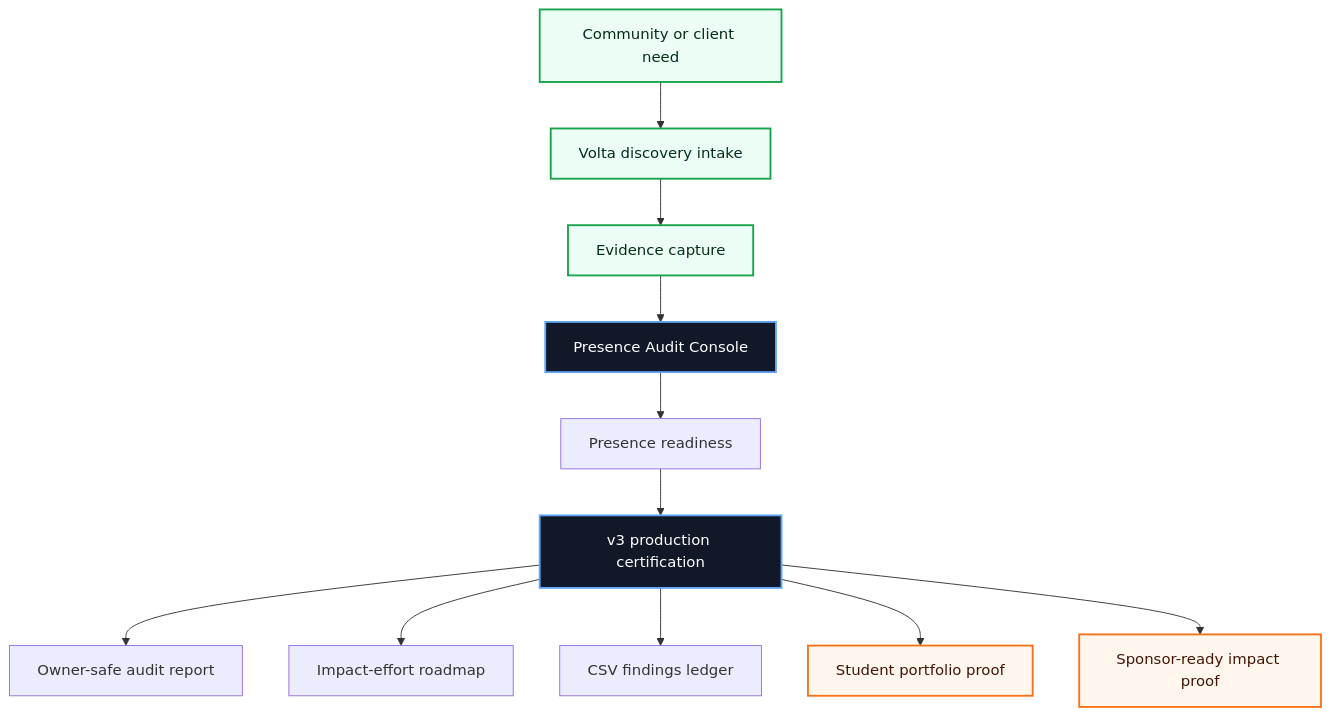
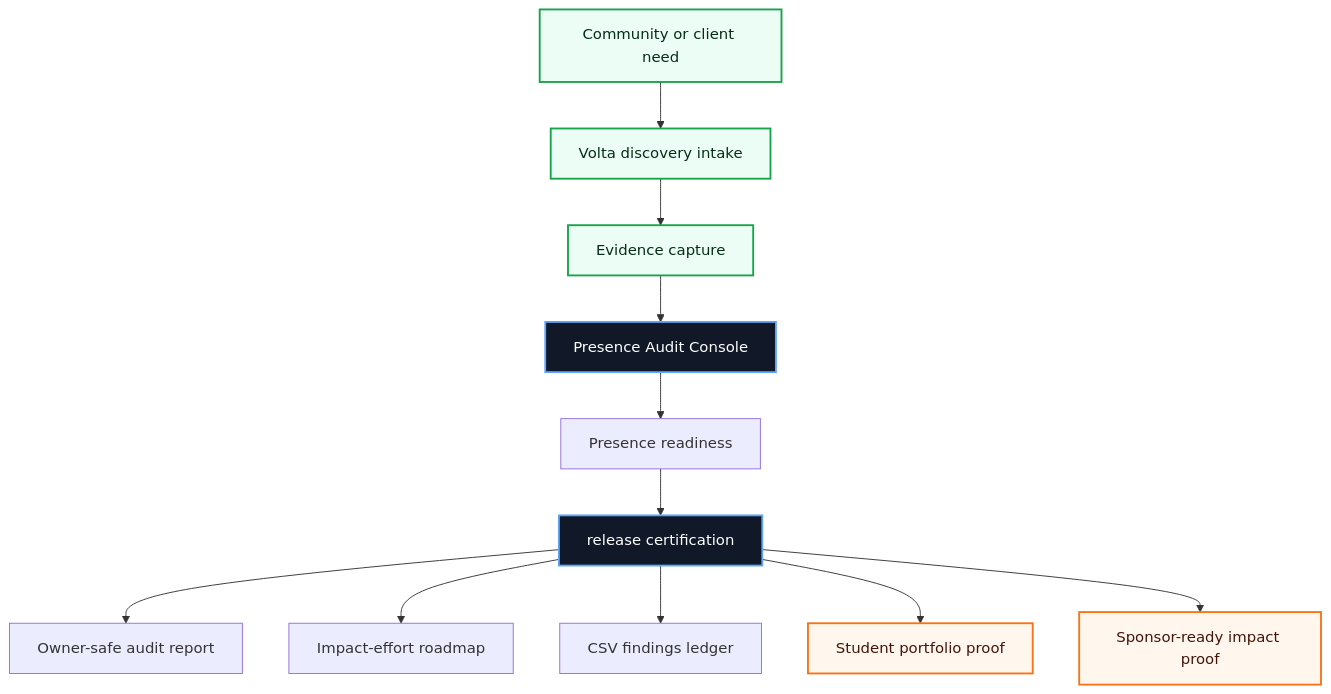
One commit to volta-npo/local-presence-auditor changed the first of 3 diagrams in README.md. Above: the diagram before and after it, drawn with Mermaid. The commit also changed other lines of this file and 28 other files, not shown here.

````diff
--- a/README.md
+++ b/README.md
@@ -43,20 +43,20 @@
 ```mermaid
 flowchart TD
     Need["Community or client need"] --> Intake["Volta discovery intake"]
     Intake --> Evidence["Evidence capture"]
     Evidence --> Workbench["Presence Audit Console"]
     Workbench --> Score["Presence readiness"]
-    Score --> Cert["v3 production certification"]
+    Score --> Cert["release certification"]
     Cert --> A1["Owner-safe audit report"]
     Cert --> A2["Impact-effort roadmap"]
     Cert --> A3["CSV findings ledger"]
     Cert --> Student["Student portfolio proof"]
     Cert --> Sponsor["Sponsor-ready impact proof"]
 
     classDef volta fill:#111827,stroke:#60a5fa,color:#ffffff,stroke-width:2px;
     classDef equity fill:#ecfdf5,stroke:#16a34a,color:#052e16,stroke-width:2px;
     classDef proof fill:#fff7ed,stroke:#f97316,color:#431407,stroke-width:2px;
     class Workbench,Cert volta;
     class Need,Intake,Evidence equity;
     class Student,Sponsor proof;
 ```
````
